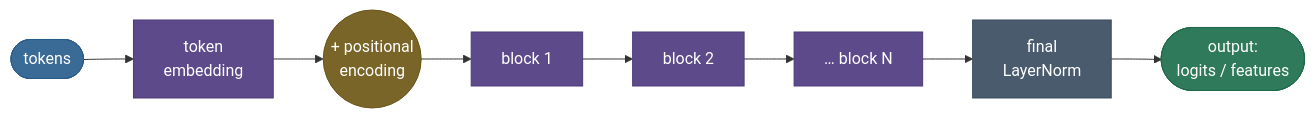
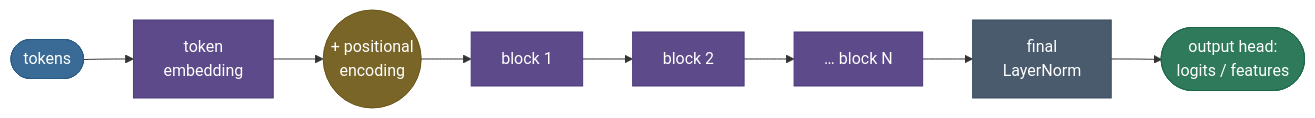
The first of 4 diagrams in 05. Deep_Learning/concepts/16-Transformer-Architecture.md (sudhir13s/AI-ML-learning-resources), drawn with Mermaid before and after one commit. The commit also changed other lines of this file and 1 other file, not shown here.

````diff
--- a/05. Deep_Learning/concepts/16-Transformer-Architecture.md
+++ b/05. Deep_Learning/concepts/16-Transformer-Architecture.md
@@ -45,16 +37,16 @@
 ```mermaid
 graph LR
     T(["tokens"]):::data --> EMB["token<br/>embedding"]:::process
     EMB --> PE(("+ positional<br/>encoding")):::amber
     PE --> B1["block 1"]:::process
     B1 --> B2["block 2"]:::process
     B2 --> BN["… block N"]:::process
     BN --> LF["final<br/>LayerNorm"]:::frozen
-    LF --> H(["output:<br/>logits / features"]):::out
+    LF --> H(["output head:<br/>logits / features"]):::out
 
     classDef data fill:#3A6B96,stroke:#2A5B86,color:#fff
     classDef process fill:#5D4A8A,stroke:#4D3A7A,color:#fff
     classDef frozen fill:#4A5B6E,stroke:#3A4B5E,color:#fff
     classDef amber fill:#7A6528,stroke:#6A5518,color:#fff
     classDef out fill:#2E7A5A,stroke:#1E6A4A,color:#fff
 ```
````
